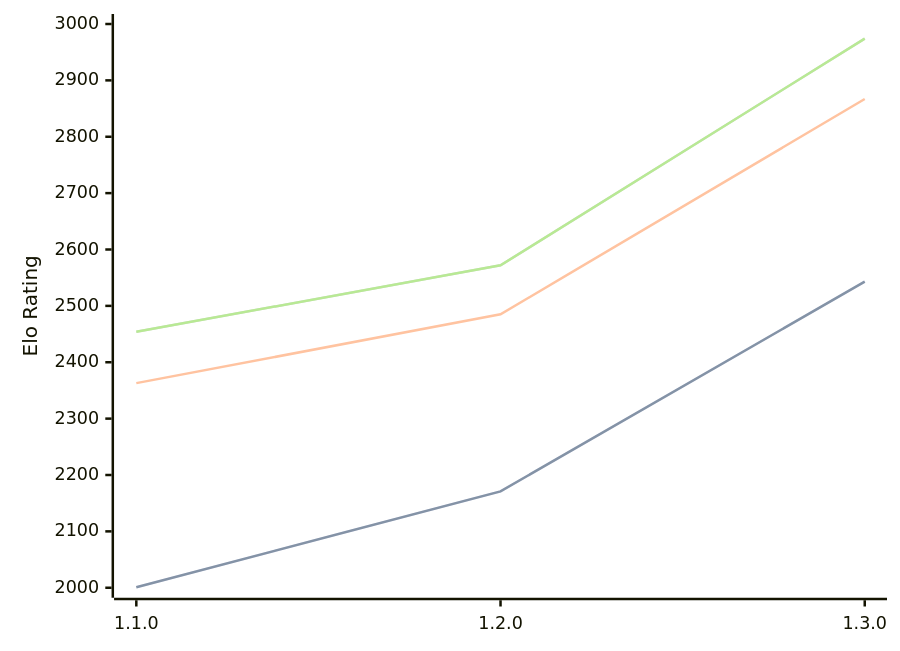
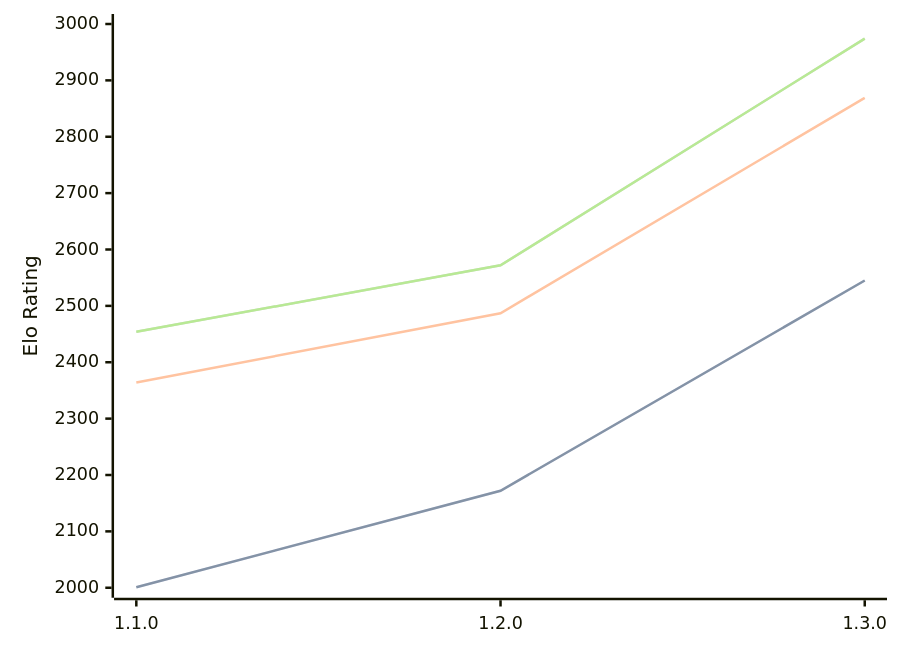
The diagram in engines/Gyatso.md (computer-chess-index/cci), drawn with Mermaid before and after one commit. The commit also changed other lines of this file, not shown here.

````diff
--- a/engines/Gyatso.md
+++ b/engines/Gyatso.md
@@ -34,11 +34,11 @@
 ```mermaid
 %%{init: {"theme":"base","themeVariables":{"seriesColors:['#a3a3a3','#222221','#faa371']}}}%%
 xychart-beta
   x-axis ["1.1.0", "1.2.0", "1.3.0"]
   y-axis "Elo Rating" 2000 --> 3000
-  line "STC (8.0+0.08s)" [2001, 2171, 2543]
-  line "STC (8.0+0.08s)" [2001, 2171, 2543]
-  line "LTC (60.0+0.60s)" [2363, 2485, 2867]
+  line "STC (8.0+0.08s)" [2001, 2172, 2545]
+  line "STC (8.0+0.08s)" [2001, 2172, 2545]
+  line "LTC (60.0+0.60s)" [2364, 2487, 2869]
   line "VLTC (2m24s+1.12s)" [2454, 2572, 2974]
   line "VLTC (2m24s+1.12s)" [2454, 2572, 2974]
 ```
````
